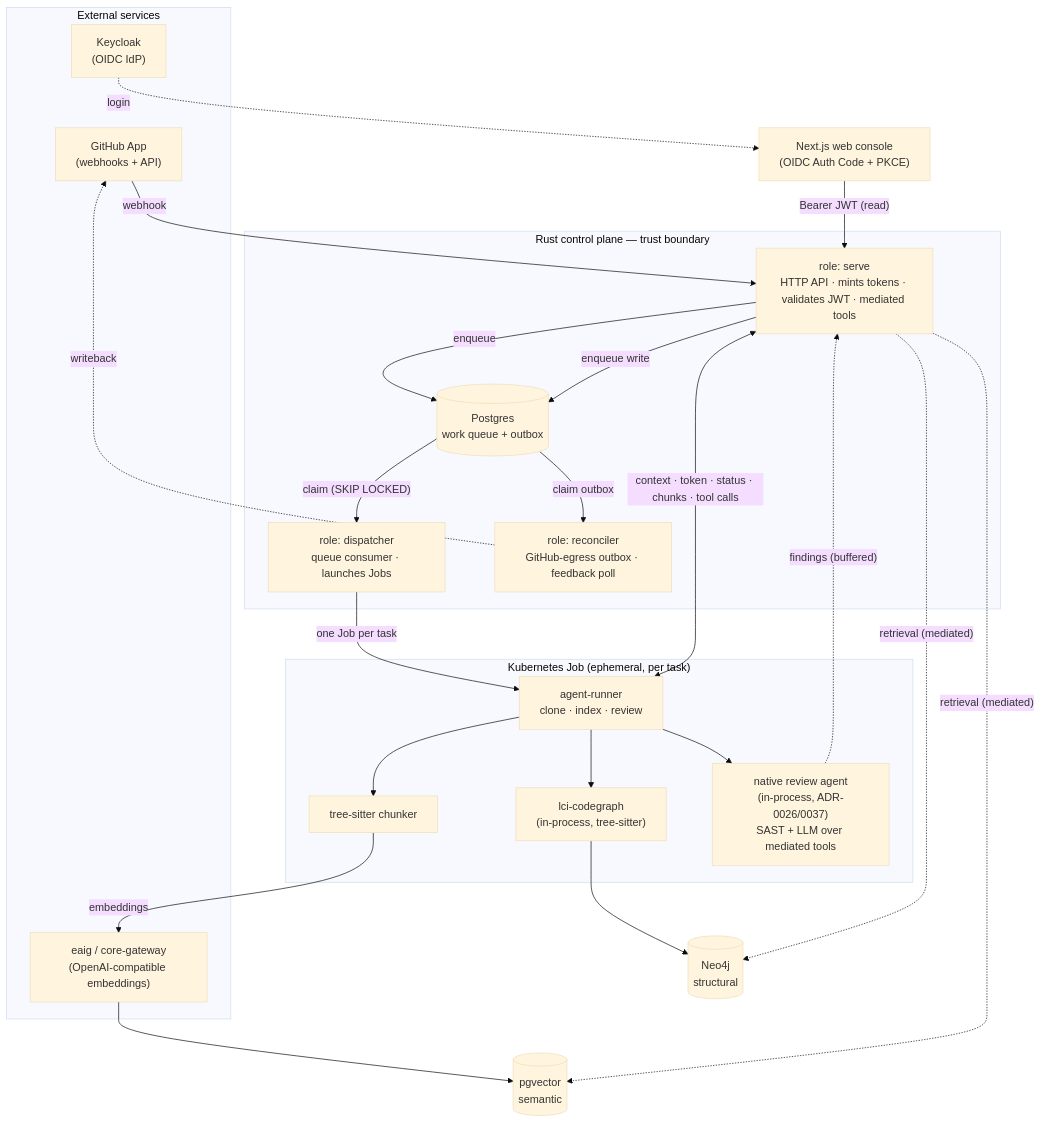
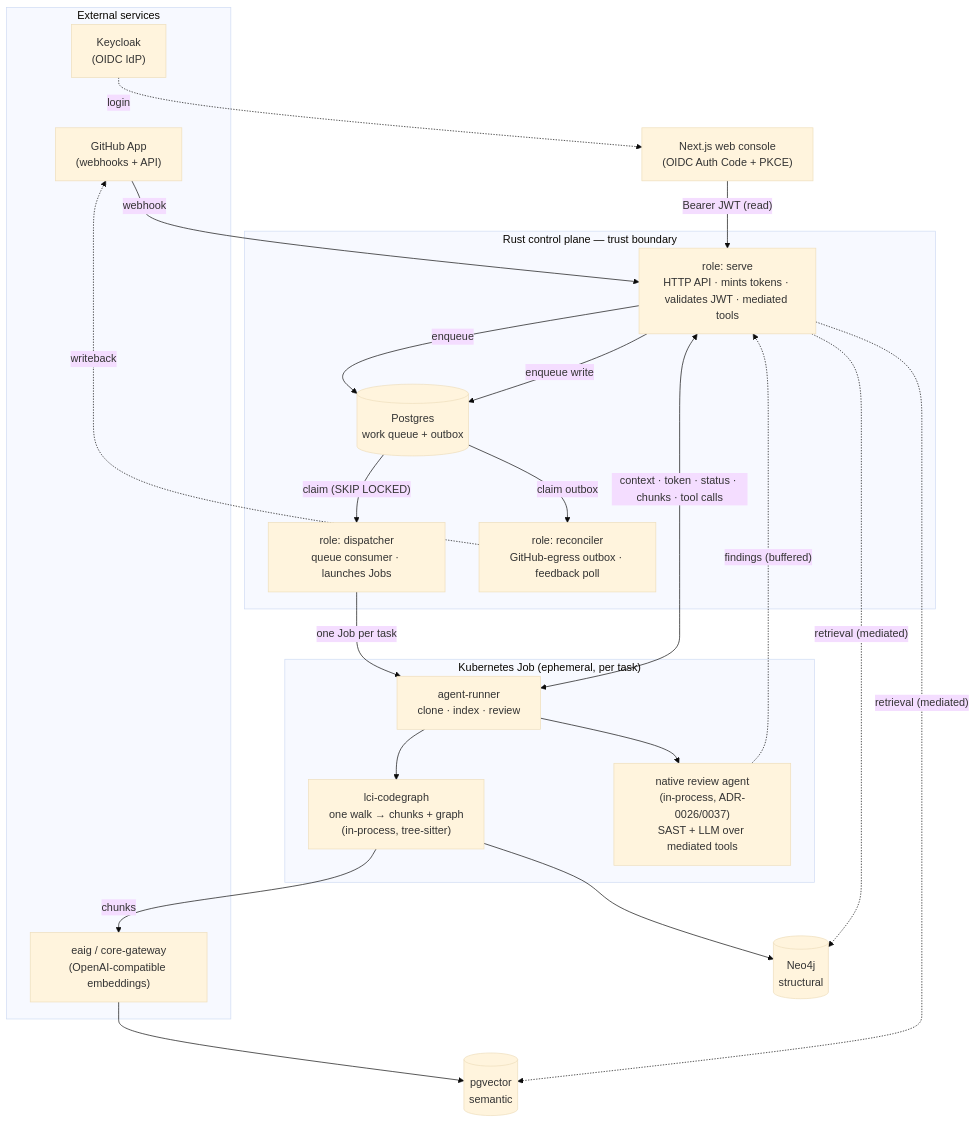
One commit to ADORSYS-GIS/lightbridge-code-intelligence changed the first of 4 diagrams in README.md. Above: the diagram before and after it, drawn with Mermaid (base theme). The commit also changed other lines of this file and 2 other files, not shown here.

First line of the commit message:
docs(readme): reflect the one-walk indexing architecture (ADR-0116) (#676)

````diff
--- a/README.md
+++ b/README.md
@@ -38,47 +38,45 @@
 ```mermaid
 flowchart TD
     subgraph external["External services"]
         GH["GitHub App<br/>(webhooks + API)"]
         KC["Keycloak<br/>(OIDC IdP)"]
         EAIG["eaig / core-gateway<br/>(OpenAI-compatible embeddings)"]
     end
 
     WEB["Next.js web console<br/>(OIDC Auth Code + PKCE)"]
 
     subgraph cp["Rust control plane — trust boundary"]
         SERVE["role: serve<br/>HTTP API · mints tokens · validates JWT · mediated tools"]
         DISP["role: dispatcher<br/>queue consumer · launches Jobs"]
         RECON["role: reconciler<br/>GitHub-egress outbox · feedback poll"]
         Q[("Postgres<br/>work queue + outbox")]
     end
 
     subgraph job["Kubernetes Job (ephemeral, per task)"]
         RUNNER["agent-runner<br/>clone · index · review"]
-        TS["tree-sitter chunker"]
-        GFY["lci-codegraph<br/>(in-process, tree-sitter)"]
+        GFY["lci-codegraph<br/>one walk → chunks + graph<br/>(in-process, tree-sitter)"]
         AGENT["native review agent<br/>(in-process, ADR-0026/0037)<br/>SAST + LLM over mediated tools"]
     end
 
     VEC[("pgvector<br/>semantic")]
     NEO[("Neo4j<br/>structural")]
 
     KC -. login .-> WEB
     WEB -->|"Bearer JWT (read)"| SERVE
     GH -->|webhook| SERVE
     SERVE -->|enqueue| Q
     Q -->|"claim (SKIP LOCKED)"| DISP
     DISP -->|"one Job per task"| RUNNER
     SERVE <-->|"context · token · status · chunks · tool calls"| RUNNER
-    RUNNER --> TS
     RUNNER --> GFY
     RUNNER --> AGENT
-    TS -->|embeddings| EAIG
+    GFY -->|chunks| EAIG
     EAIG --> VEC
     GFY --> NEO
     SERVE -. "retrieval (mediated)" .-> VEC
     SERVE -. "retrieval (mediated)" .-> NEO
     AGENT -. "findings (buffered)" .-> SERVE
     SERVE -->|"enqueue write"| Q
     Q -->|"claim outbox"| RECON
     RECON -. writeback .-> GH
 ```
````
